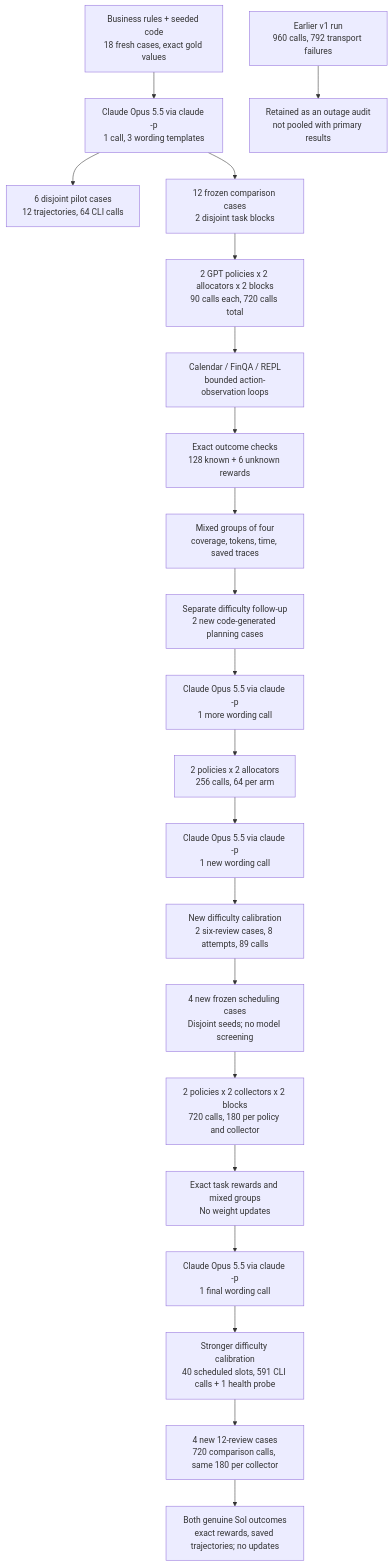
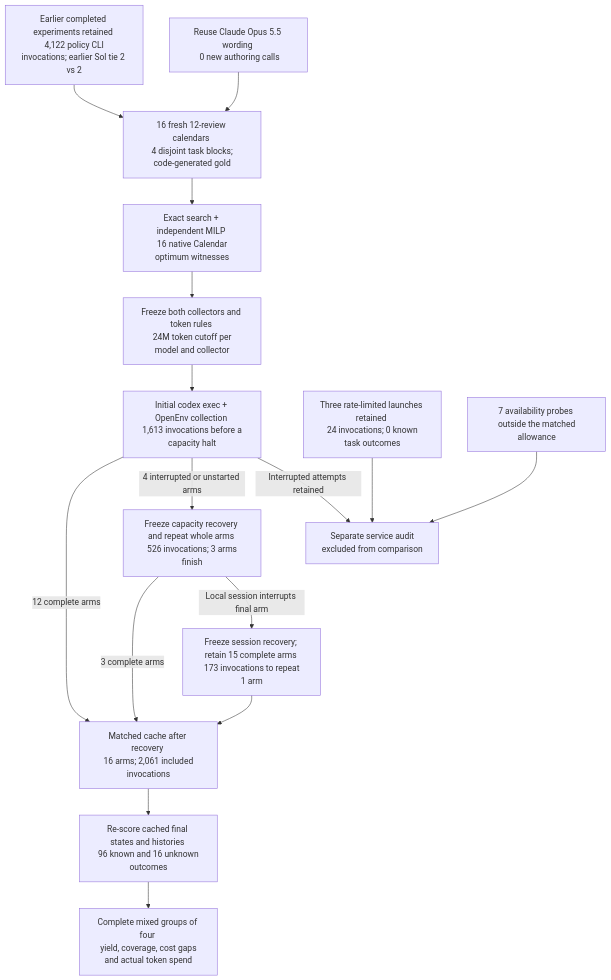
Before and after one commit to k-sandhu/experiment-notebooks: the first of 6 diagrams in notebooks/27-adaptive-knowledge-rollouts/README.md, drawn with Mermaid. The commit also changed other lines of this file and 4898 other files, not shown here.

Commit message:
Notebook 27: compare fresh rollouts at equal token budgets

````diff
--- a/notebooks/27-adaptive-knowledge-rollouts/README.md
+++ b/notebooks/27-adaptive-knowledge-rollouts/README.md
@@ -52,23 +53,18 @@
 ```mermaid
 flowchart TD
-  rules["Business rules + seeded code<br/>18 fresh cases, exact gold values"] --> author["Claude Opus 5.5 via claude -p<br/>1 call, 3 wording templates"]
-  author --> pilot["6 disjoint pilot cases<br/>12 trajectories, 64 CLI calls"]
-  author --> frozen["12 frozen comparison cases<br/>2 disjoint task blocks"]
-  frozen --> arms["2 GPT policies x 2 allocators x 2 blocks<br/>90 calls each, 720 calls total"]
-  arms --> loop["Calendar / FinQA / REPL<br/>bounded action-observation loops"]
-  loop --> scores["Exact outcome checks<br/>128 known + 6 unknown rewards"]
-  scores --> result["Mixed groups of four<br/>coverage, tokens, time, saved traces"]
-  old["Earlier v1 run<br/>960 calls, 792 transport failures"] --> audit["Retained as an outage audit<br/>not pooled with primary results"]
-  result --> stressdata["Separate difficulty follow-up<br/>2 new code-generated planning cases"]
-  stressdata --> stressauthor["Claude Opus 5.5 via claude -p<br/>1 more wording call"]
-  stressauthor --> stress["2 policies x 2 allocators<br/>256 calls, 64 per arm"]
-  stress --> frontierwording["Claude Opus 5.5 via claude -p<br/>1 new wording call"]
-  frontierwording --> frontierpilot["New difficulty calibration<br/>2 six-review cases, 8 attempts, 89 calls"]
-  frontierpilot --> frontierfresh["4 new frozen scheduling cases<br/>Disjoint seeds; no model screening"]
-  frontierfresh --> frontierarms["2 policies x 2 collectors x 2 blocks<br/>720 calls, 180 per policy and collector"]
-  frontierarms --> frontierresult["Exact task rewards and mixed groups<br/>No weight updates"]
-  frontierresult --> strongerwording["Claude Opus 5.5 via claude -p<br/>1 final wording call"]
-  strongerwording --> strongerpilot["Stronger difficulty calibration<br/>40 scheduled slots, 591 CLI calls + 1 health probe"]
-  strongerpilot --> strongerfresh["4 new 12-review cases<br/>720 comparison calls, same 180 per collector"]
-  strongerfresh --> strongerresult["Both genuine Sol outcomes<br/>exact rewards, saved trajectories; no updates"]
+    history["Earlier completed experiments retained <br/> 4,122 policy CLI invocations; earlier Sol tie 2 vs 2"] --> fresh["16 fresh 12-review calendars <br/> 4 disjoint task blocks; code-generated gold"]
+    words["Reuse Claude Opus 5.5 wording <br/> 0 new authoring calls"] --> fresh
+    fresh --> audit["Exact search + independent MILP <br/> 16 native Calendar optimum witnesses"]
+    audit --> freeze["Freeze both collectors and token rules <br/> 24M token cutoff per model and collector"]
+    freeze --> first["Initial codex exec + OpenEnv collection <br/> 1,613 invocations before a capacity halt"]
+    first -->|"12 complete arms"| calls["Matched cache after recovery <br/> 16 arms; 2,061 included invocations"]
+    first -->|"4 interrupted or unstarted arms"| retry["Freeze capacity recovery and repeat whole arms <br/> 526 invocations; 3 arms finish"]
+    retry -->|"3 complete arms"| calls
+    retry -->|"Local session interrupts final arm"| session["Freeze session recovery; retain 15 complete arms <br/> 173 invocations to repeat 1 arm"]
+    session --> calls
+    calls --> rewards["Re-score cached final states and histories <br/> 96 known and 16 unknown outcomes"]
+    rewards --> groups["Complete mixed groups of four <br/> yield, coverage, cost gaps and actual token spend"]
+    outages["Three rate-limited launches retained <br/> 24 invocations; 0 known task outcomes"] --> archive["Separate service audit <br/> excluded from comparison"]
+    first -->|"Interrupted attempts retained"| archive
+    probes["7 availability probes <br/> outside the matched allowance"] --> archive
 ```
````
